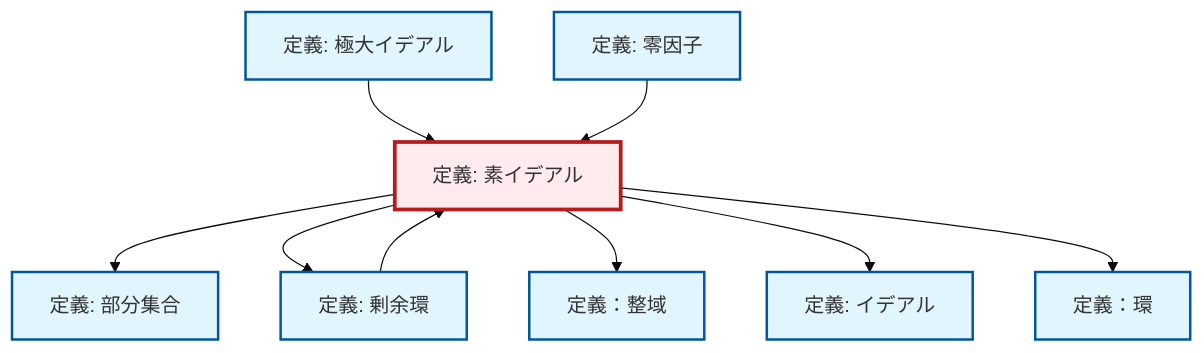
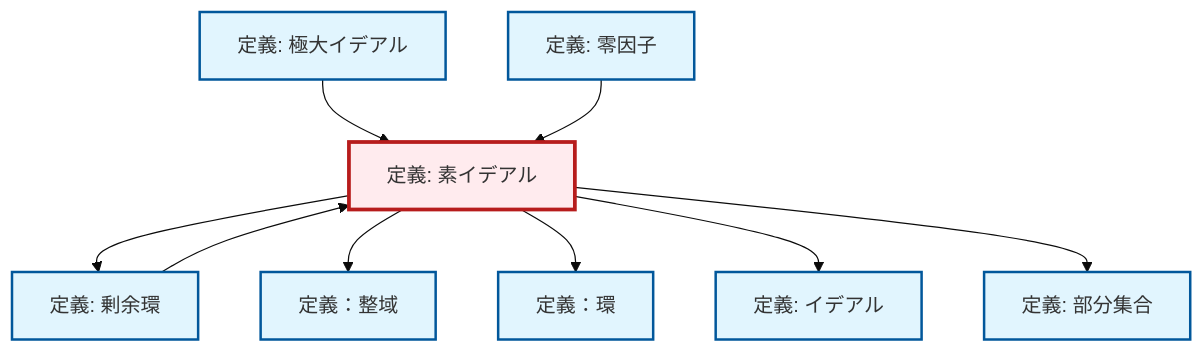
Before and after one commit to RK0429/ModernMath: the diagram in content/ja/algebra/def-prime-ideal.qmd, drawn with Mermaid (base theme). The commit also changed other lines of this file and 328 other files, not shown here.

````diff
--- a/content/ja/algebra/def-prime-ideal.qmd
+++ b/content/ja/algebra/def-prime-ideal.qmd
@@ -86,33 +86,33 @@
 ```{mermaid}
 %%| fig-cap: "ローカル依存関係グラフ"
 graph TD
     classDef definition fill:#e1f5fe,stroke:#01579b,stroke-width:2px
     classDef theorem fill:#f3e5f5,stroke:#4a148c,stroke-width:2px
     classDef axiom fill:#fff3e0,stroke:#e65100,stroke-width:2px
     classDef example fill:#e8f5e9,stroke:#1b5e20,stroke-width:2px
     classDef current fill:#ffebee,stroke:#b71c1c,stroke-width:3px
     def-integral-domain["定義：整域"]:::definition
+    def-ideal["定義: イデアル"]:::definition
+    def-zero-divisor["定義: 零因子"]:::definition
+    def-ring["定義：環"]:::definition
+    def-prime-ideal["定義: 素イデアル"]:::definition
+    def-quotient-ring["定義: 剰余環"]:::definition
+    def-subset["定義: 部分集合"]:::definition
     def-maximal-ideal["定義: 極大イデアル"]:::definition
-    def-subset["定義: 部分集合"]:::definition
-    def-prime-ideal["定義: 素イデアル"]:::definition
-    def-ideal["定義: イデアル"]:::definition
-    def-ring["定義：環"]:::definition
-    def-zero-divisor["定義: 零因子"]:::definition
-    def-quotient-ring["定義: 剰余環"]:::definition
-    def-maximal-ideal --> def-prime-ideal
-    def-prime-ideal --> def-subset
     def-prime-ideal --> def-quotient-ring
     def-prime-ideal --> def-integral-domain
+    def-maximal-ideal --> def-prime-ideal
+    def-prime-ideal --> def-ring
     def-prime-ideal --> def-ideal
+    def-zero-divisor --> def-prime-ideal
+    def-prime-ideal --> def-subset
     def-quotient-ring --> def-prime-ideal
-    def-prime-ideal --> def-ring
-    def-zero-divisor --> def-prime-ideal
     class def-prime-ideal current
     click def-integral-domain "def-integral-domain.html" "定義：整域へ"
+    click def-ideal "def-ideal.html" "イデアルの定義へ"
+    click def-zero-divisor "def-zero-divisor.html" "零因子の定義へ"
+    click def-ring "def-ring.html" "定義：環へ"
+    click def-quotient-ring "def-quotient-ring.html" "剰余環の定義へ"
+    click def-subset "def-subset.html" "部分集合の定義へ"
     click def-maximal-ideal "def-maximal-ideal.html" "極大イデアルの定義へ"
-    click def-subset "def-subset.html" "部分集合の定義へ"
-    click def-ideal "def-ideal.html" "イデアルの定義へ"
-    click def-ring "def-ring.html" "定義：環へ"
-    click def-zero-divisor "def-zero-divisor.html" "零因子の定義へ"
-    click def-quotient-ring "def-quotient-ring.html" "剰余環の定義へ"
 ```
````
